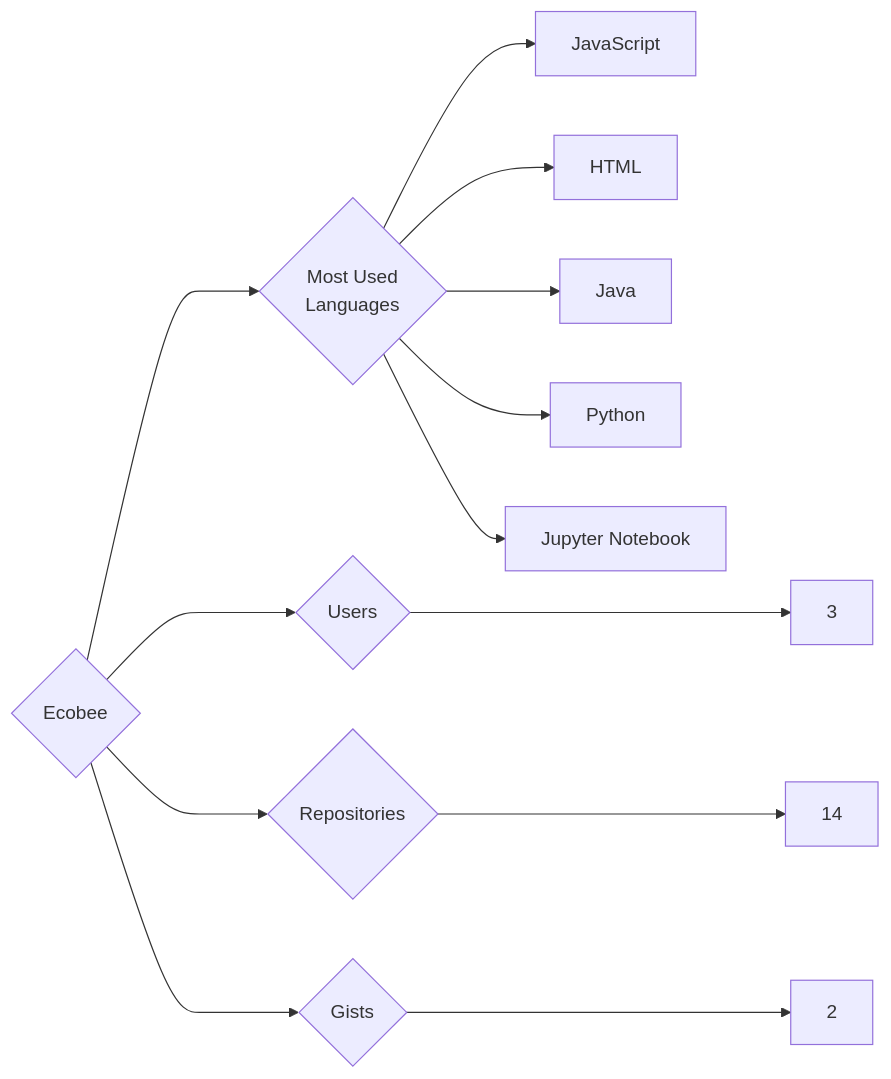
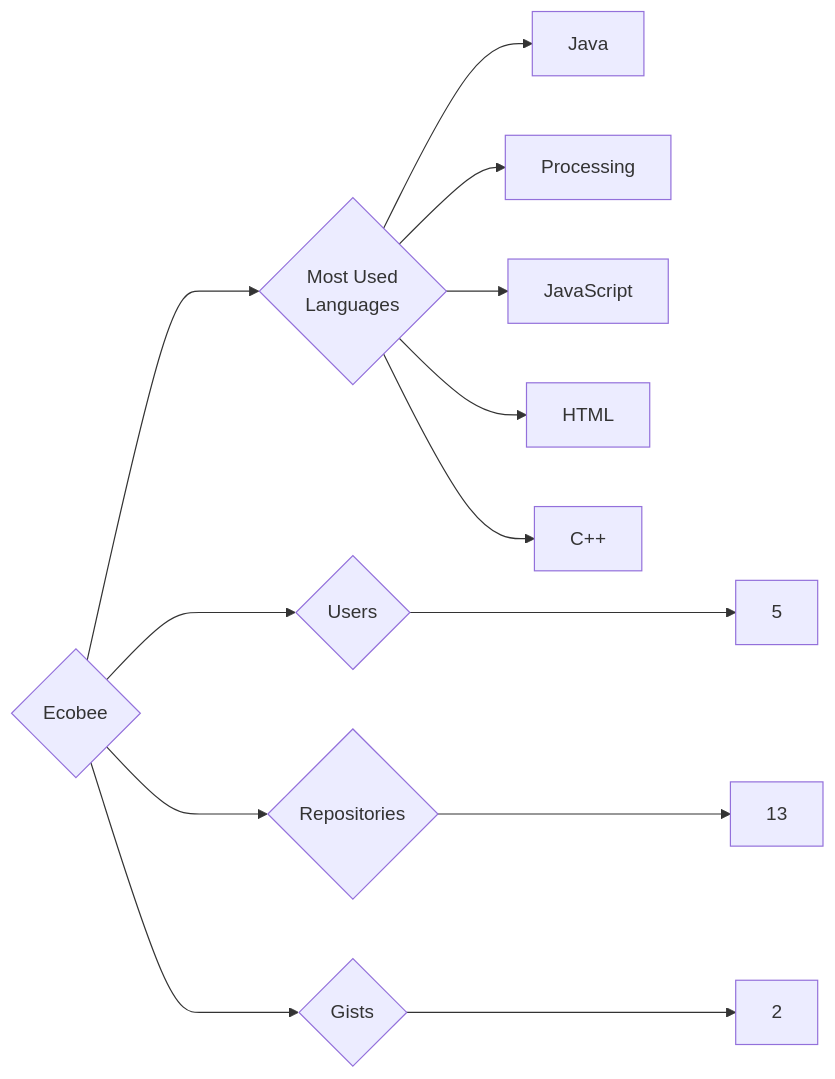
Before and after one commit to trickest/insiders: the diagram in targets/Ecobee/README.md, drawn with Mermaid. The commit also changed 857 other files, not shown here.

````diff
--- a/targets/Ecobee/README.md
+++ b/targets/Ecobee/README.md
@@ -3,13 +3,13 @@
 ```mermaid
 graph LR
 COMPANY_NAME{Ecobee}
-COMPANY_NAME ---> U{Users} ---> UN[3]
-COMPANY_NAME ---> R{Repositories} ---> RN[14]
+COMPANY_NAME ---> U{Users} ---> UN[5]
+COMPANY_NAME ---> R{Repositories} ---> RN[13]
 COMPANY_NAME ---> G{Gists} ---> GN[2]
 COMPANY_NAME ---> ML{Most Used<br>Languages}
+ML --> Java[Java]
+ML --> Processing[Processing]
 ML --> JavaScript[JavaScript]
 ML --> HTML[HTML]
-ML --> Java[Java]
-ML --> Python[Python]
-ML --> Jupyter_Notebook[Jupyter Notebook]
+ML --> C++[C++]
 ```
````
